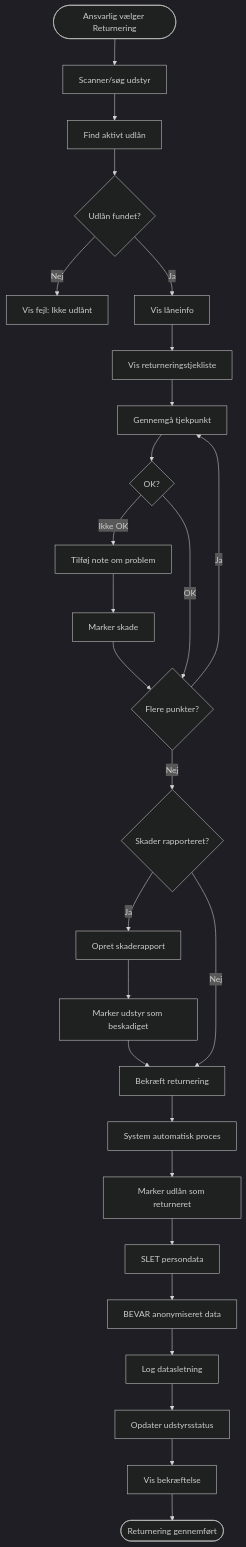
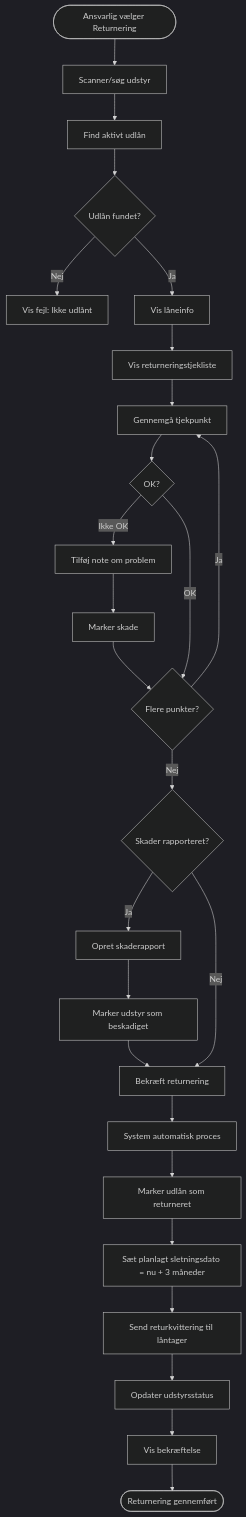
One commit to OrangeMakers/Udlaan changed the fourth of 7 diagrams in FLOWS.md. Above: the diagram before and after it, drawn with Mermaid (dark theme). The commit also changed other lines of this file and 5 other files, not shown here.

First line of the commit message:
feat(spec): add admin dashboard, loan periods, and flow improvements

````diff
--- a/FLOWS.md
+++ b/FLOWS.md
@@ -106,29 +137,28 @@
 ```mermaid
 flowchart TD
     Start([Ansvarlig vælger Returnering]) --> ScanEquip[Scanner/søg udstyr]
     ScanEquip --> FindLoan[Find aktivt udlån]
     FindLoan --> LoanFound{Udlån fundet?}
     LoanFound -->|Nej| Error[Vis fejl: Ikke udlånt]
     LoanFound -->|Ja| ShowInfo[Vis låneinfo]
     ShowInfo --> Checklist[Vis returneringstjekliste]
     Checklist --> CheckPoint[Gennemgå tjekpunkt]
     CheckPoint --> PointOK{OK?}
     PointOK -->|Ikke OK| AddNote[Tilføj note om problem]
     AddNote --> Damage[Marker skade]
     Damage --> MorePoints{Flere punkter?}
     PointOK -->|OK| MorePoints
     MorePoints -->|Ja| CheckPoint
     MorePoints -->|Nej| DamageCheck{Skader rapporteret?}
     DamageCheck -->|Ja| CreateReport[Opret skaderapport]
     CreateReport --> MarkDamaged[Marker udstyr som beskadiget]
     MarkDamaged --> ConfirmReturn[Bekræft returnering]
     DamageCheck -->|Nej| ConfirmReturn
     ConfirmReturn --> AutoProcess[System automatisk proces]
     AutoProcess --> SetReturned[Marker udlån som returneret]
-    SetReturned --> DeleteData[SLET persondata]
-    DeleteData --> KeepAnon[BEVAR anonymiseret data]
-    KeepAnon --> LogDeletion[Log datasletning]
-    LogDeletion --> UpdateEquip[Opdater udstyrsstatus]
+    SetReturned --> SetScheduledDeletion[Sæt planlagt sletningsdato = nu + 3 måneder]
+    SetScheduledDeletion --> SendReceipt[Send returkvittering til låntager]
+    SendReceipt --> UpdateEquip[Opdater udstyrsstatus]
     UpdateEquip --> ShowConfirm[Vis bekræftelse]
     ShowConfirm --> End([Returnering gennemført])
 ```
````
